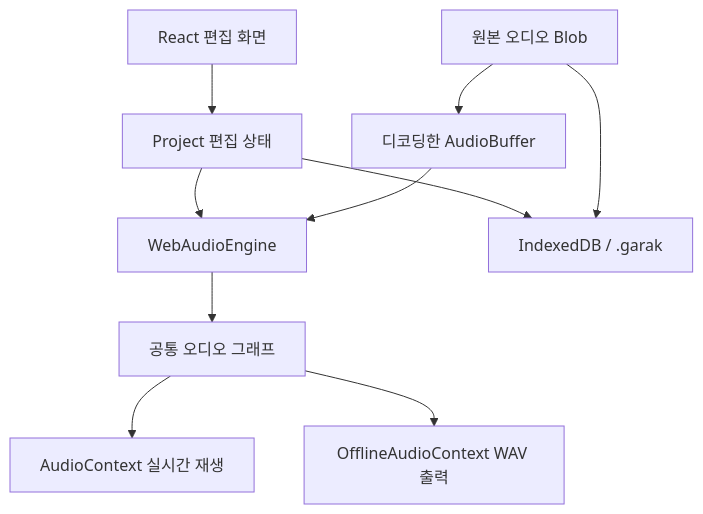
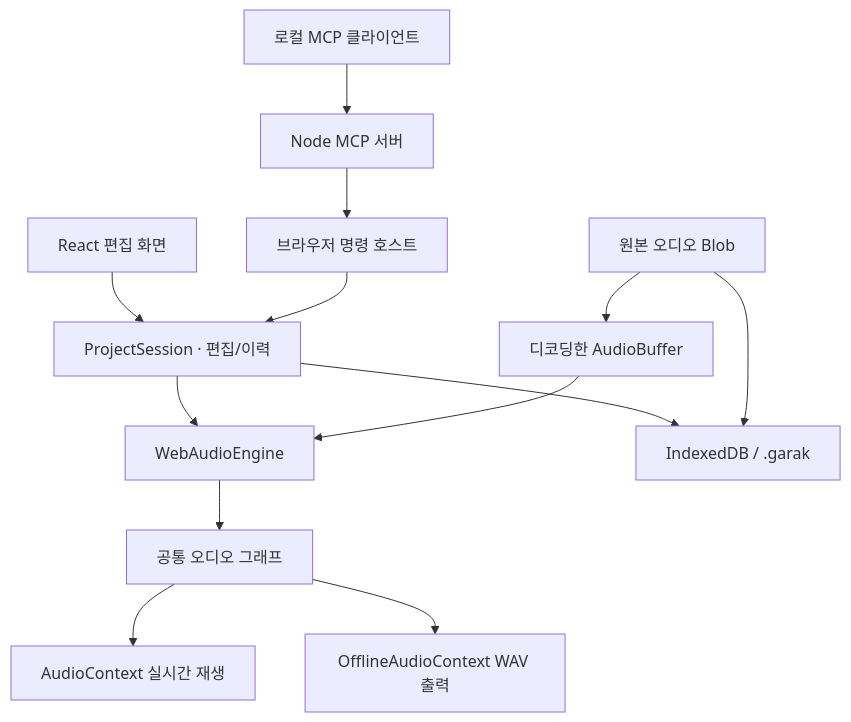
Before and after one commit to songchez/garak-ieum: the first of 2 diagrams in docs/ARCHITECTURE.md, drawn with Mermaid. The commit also changed other lines of this file and 33 other files, not shown here.

````diff
--- a/docs/ARCHITECTURE.md
+++ b/docs/ARCHITECTURE.md
@@ -9,12 +9,15 @@
 ```mermaid
 flowchart TD
-  UI["React 편집 화면"] --> P["Project 편집 상태"]
+  UI["React 편집 화면"] --> P["ProjectSession · 편집/이력"]
+  AI["로컬 MCP 클라이언트"] --> M["Node MCP 서버"]
+  M --> H["브라우저 명령 호스트"]
+  H --> P
   P --> E["WebAudioEngine"]
   P --> S["IndexedDB / .garak"]
   A["원본 오디오 Blob"] --> S
   A --> B["디코딩한 AudioBuffer"]
   B --> E
   E --> G["공통 오디오 그래프"]
   G --> R["AudioContext 실시간 재생"]
   G --> O["OfflineAudioContext WAV 출력"]
 ```
````
